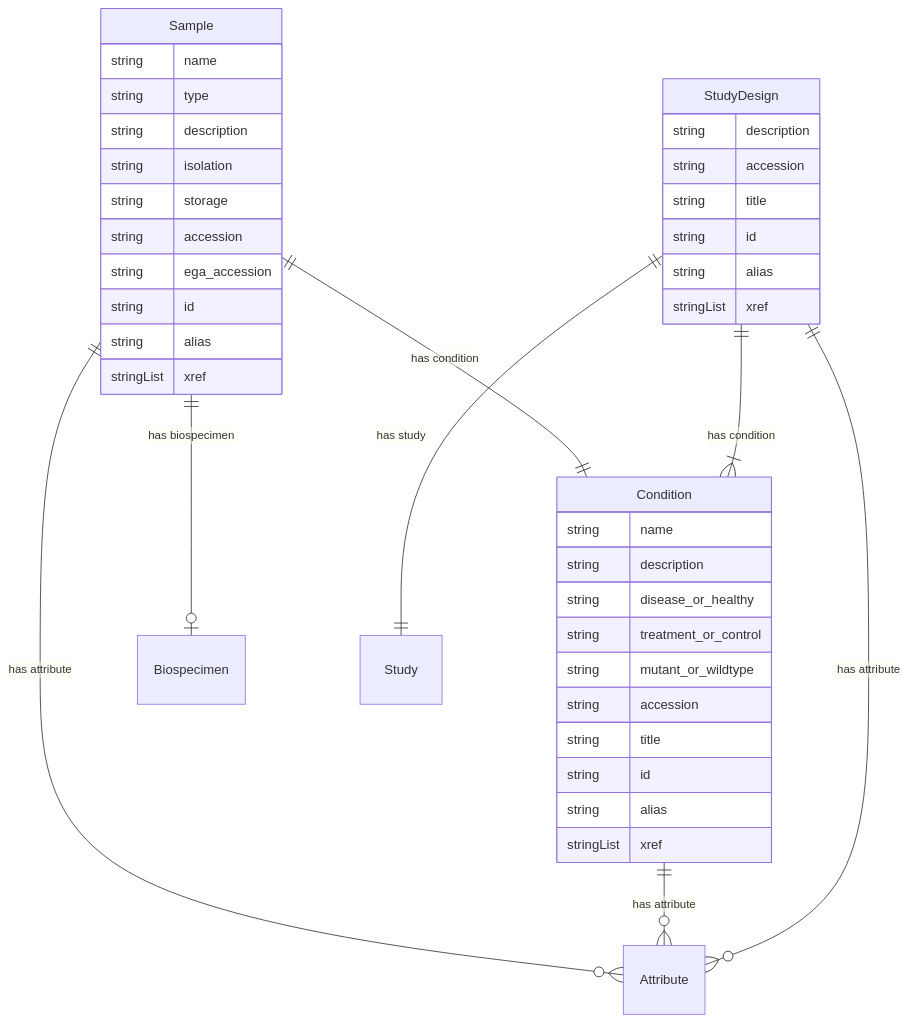
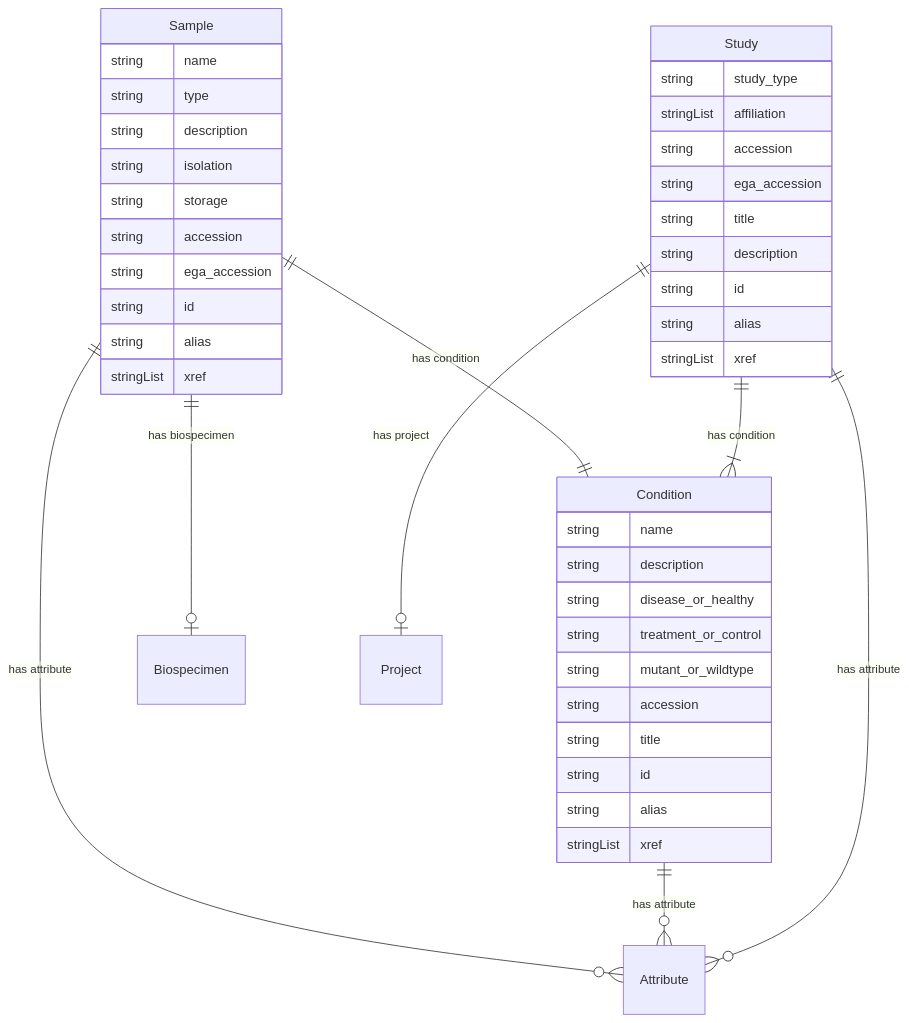
One commit to ghga-de/ghga-metadata-schema changed the seventh of 7 diagrams in docs/entity_relations.md. Above: the diagram before and after it, drawn with Mermaid. The commit also changed other lines of this file and 46 other files, not shown here.

Commit message:
remove study design and sequencing replicate

````diff
--- a/docs/entity_relations.md
+++ b/docs/entity_relations.md
@@ -387,44 +373,47 @@
 ```mermaid
 erDiagram
 Sample {
     string name  
     string type  
     string description  
     string isolation  
     string storage  
     string accession  
     string ega_accession  
     string id  
     string alias  
     stringList xref  
 }
 Condition {
     string name  
     string description  
     string disease_or_healthy
     string treatment_or_control
     string mutant_or_wildtype
     string accession  
     string title  
     string id  
     string alias  
     stringList xref  
 }
-StudyDesign {
+Study {
+    string study_type
+    stringList affiliation  
+    string accession  
+    string ega_accession  
+    string title  
     string description  
-    string accession  
-    string title  
     string id  
     string alias  
     stringList xref  
 }
 
 Sample ||--|o Biospecimen : "has biospecimen"
 Sample ||--|| Condition : "has condition"
 Sample ||--}o Attribute : "has attribute"
 Condition ||--}o Attribute : "has attribute"
-StudyDesign ||--|| Study : "has study"
-StudyDesign ||--}| Condition : "has condition"
-StudyDesign ||--}o Attribute : "has attribute"
+Study ||--|o Project : "has project"
+Study ||--}| Condition : "has condition"
+Study ||--}o Attribute : "has attribute"
 
 ```
````
